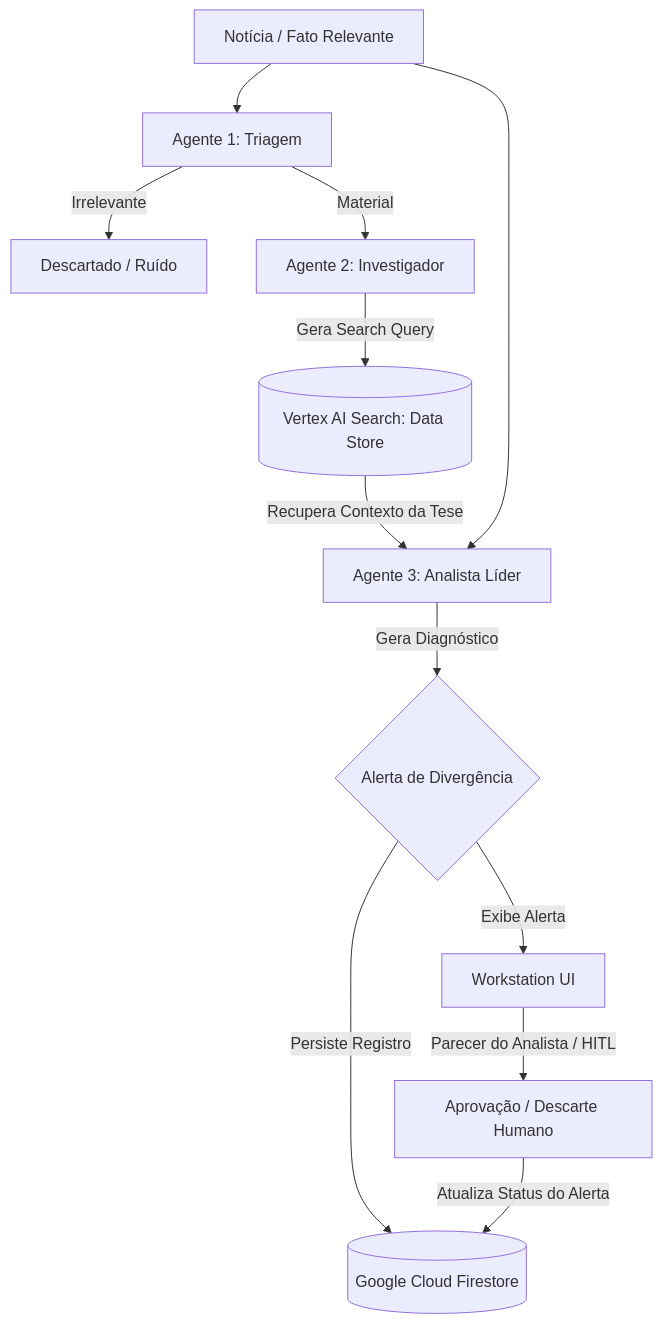
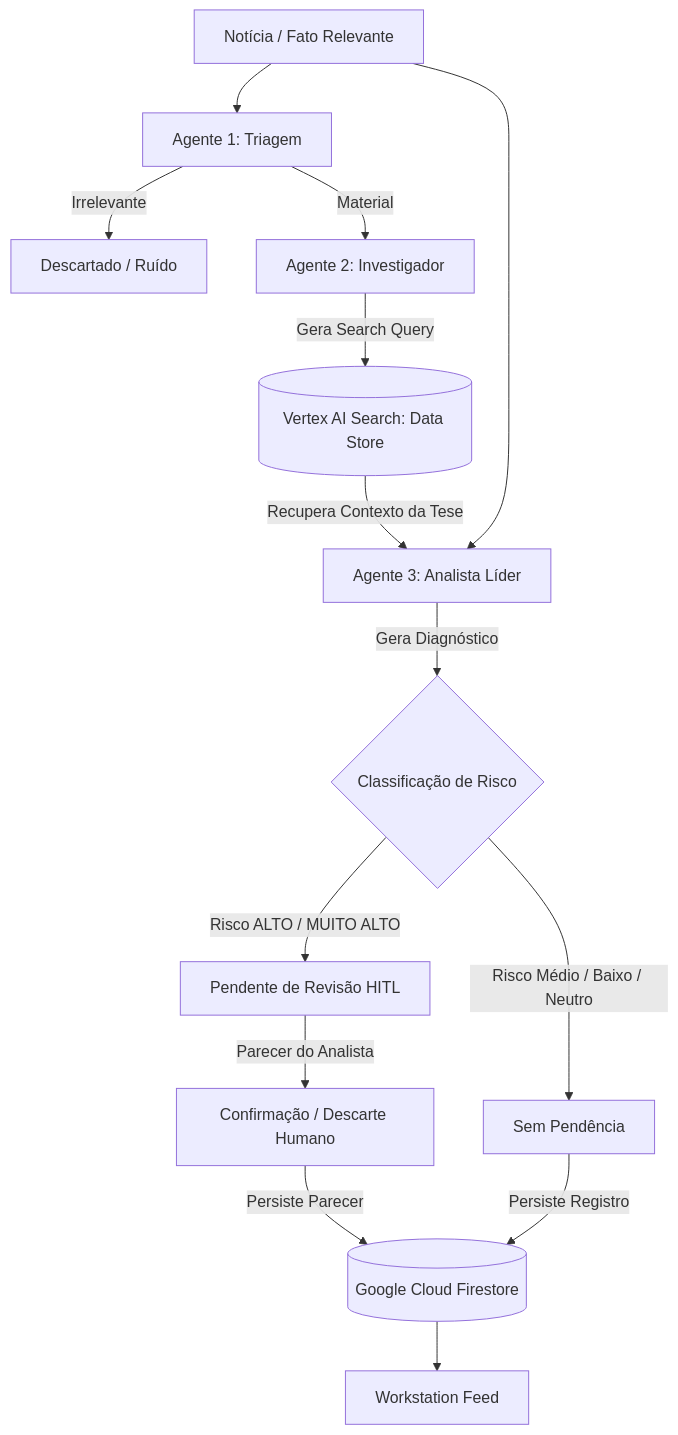
Before and after one commit to EDJR94/gft-smc-2026-equipe-05: the diagram in README.md, drawn with Mermaid. The commit also changed other lines of this file and 14 other files, not shown here.

````diff
--- a/README.md
+++ b/README.md
@@ -62,18 +61,20 @@
 ```mermaid
 graph TD
     A[Notícia / Fato Relevante] --> B[Agente 1: Triagem]
     B -->|Irrelevante| Z[Descartado / Ruído]
     B -->|Material| C[Agente 2: Investigador]
     
     C -->|Gera Search Query| D[(Vertex AI Search: Data Store)]
     
     D -->|Recupera Contexto da Tese| E[Agente 3: Analista Líder]
     A --> E
     
-    E -->|Gera Diagnóstico| F{Alerta de Divergência}
-    F -->|Persiste Registro| H[(Google Cloud Firestore)]
-    F -->|Exibe Alerta| G[Workstation UI]
+    E -->|Gera Diagnóstico| F{Classificação de Risco}
+    F -->|Risco ALTO / MUITO ALTO| G[Pendente de Revisão HITL]
+    F -->|Risco Médio / Baixo / Neutro| K[Sem Pendência]
     
-    G -->|Parecer do Analista / HITL| I[Aprovação / Descarte Humano]
-    I -->|Atualiza Status do Alerta| H
+    G -->|Parecer do Analista| I[Confirmação / Descarte Humano]
+    I -->|Persiste Parecer| H[(Google Cloud Firestore)]
+    K -->|Persiste Registro| H
+    H --> J[Workstation Feed]
 ```
````
